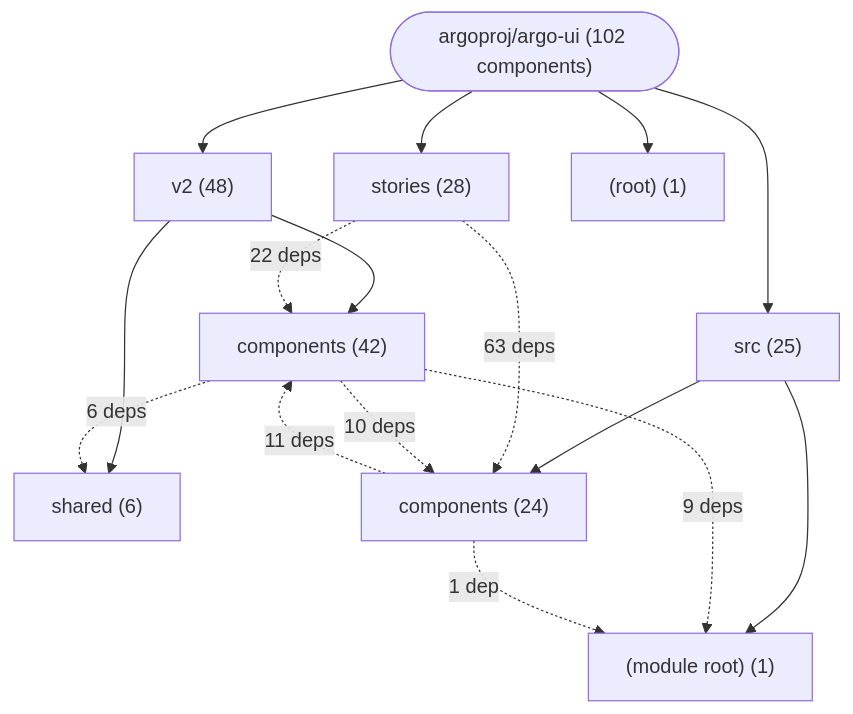
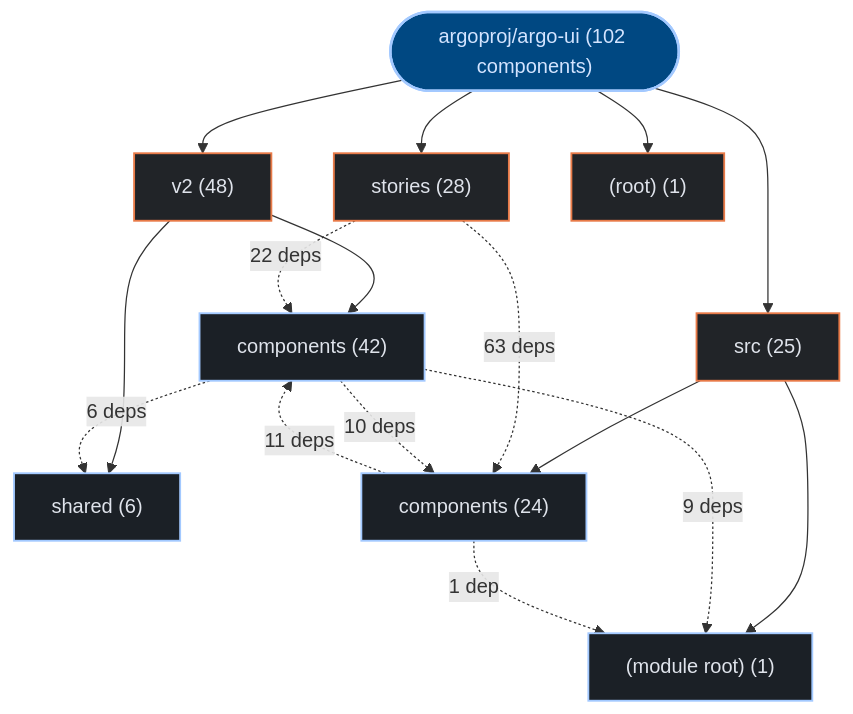
Before and after one commit to kumarshaz/atruss-code-atlas: the first of 3 diagrams in exports/latest/reports/argoproj-argo-ui-report.md, drawn with Mermaid. The commit also changed other lines of this file and 331 other files, not shown here.

Commit message:
docs,ui,fix: update SDLC docs, reorder CI/CD DAG first, stylize Mermaid, and fix Arc42 pipeline topology

````diff
--- a/exports/latest/reports/argoproj-argo-ui-report.md
+++ b/exports/latest/reports/argoproj-argo-ui-report.md
@@ -42,27 +42,34 @@
 ```mermaid
 graph TD;
-    repo_root(["argoproj/argo-ui (102 components)"])
-    dir_0_v2["v2 (48)"]
+  classDef atlasRoot fill:#004882,stroke:#a3c9ff,stroke-width:2px,color:#d3e4ff
+  classDef atlasCategory fill:#212428,stroke:#E87A48,stroke-width:1.5px,color:#dfe3eb
+  classDef atlasWorkflow fill:#1b2026,stroke:#a3c9ff,stroke-width:1.5px,color:#dfe3eb
+  classDef atlasJob fill:#171c22,stroke:#8d9199,stroke-width:1px,color:#dfe3eb
+  classDef atlasTarget fill:#005227,stroke:#8bd99b,stroke-width:1.5px,color:#a7f6b6
+  classDef atlasAlert fill:#93000a,stroke:#ffb4ab,stroke-width:1.5px,color:#ffdad6
+  classDef atlasMore fill:#252a31,stroke:#8d9199,stroke-dasharray:4 4,color:#c3c6cf
+    repo_root(["argoproj/argo-ui (102 components)"]):::atlasRoot
+    dir_0_v2["v2 (48)"]:::atlasCategory
     repo_root --> dir_0_v2
-    sub_0_0_components["components (42)"]
+    sub_0_0_components["components (42)"]:::atlasWorkflow
     dir_0_v2 --> sub_0_0_components
-    sub_0_1_shared["shared (6)"]
+    sub_0_1_shared["shared (6)"]:::atlasWorkflow
     dir_0_v2 --> sub_0_1_shared
-    dir_1_stories["stories (28)"]
+    dir_1_stories["stories (28)"]:::atlasCategory
     repo_root --> dir_1_stories
-    dir_2_src["src (25)"]
+    dir_2_src["src (25)"]:::atlasCategory
     repo_root --> dir_2_src
-    sub_2_0_components["components (24)"]
+    sub_2_0_components["components (24)"]:::atlasWorkflow
     dir_2_src --> sub_2_0_components
-    sub_2_1__module_root_["(module root) (1)"]
+    sub_2_1__module_root_["(module root) (1)"]:::atlasWorkflow
     dir_2_src --> sub_2_1__module_root_
-    dir_3__root_["(root) (1)"]
+    dir_3__root_["(root) (1)"]:::atlasCategory
     repo_root --> dir_3__root_
     dir_1_stories -.->|"63 deps"| sub_2_0_components
     dir_1_stories -.->|"22 deps"| sub_0_0_components
     sub_2_0_components -.->|"11 deps"| sub_0_0_components
     sub_0_0_components -.->|"10 deps"| sub_2_0_components
     sub_0_0_components -.->|"9 deps"| sub_2_1__module_root_
     sub_0_0_components -.->|"6 deps"| sub_0_1_shared
     sub_2_0_components -.->|"1 dep"| sub_2_1__module_root_
 ```
````
